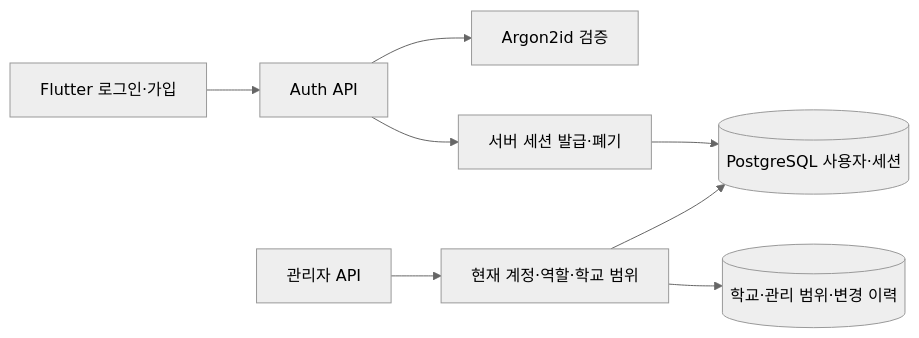
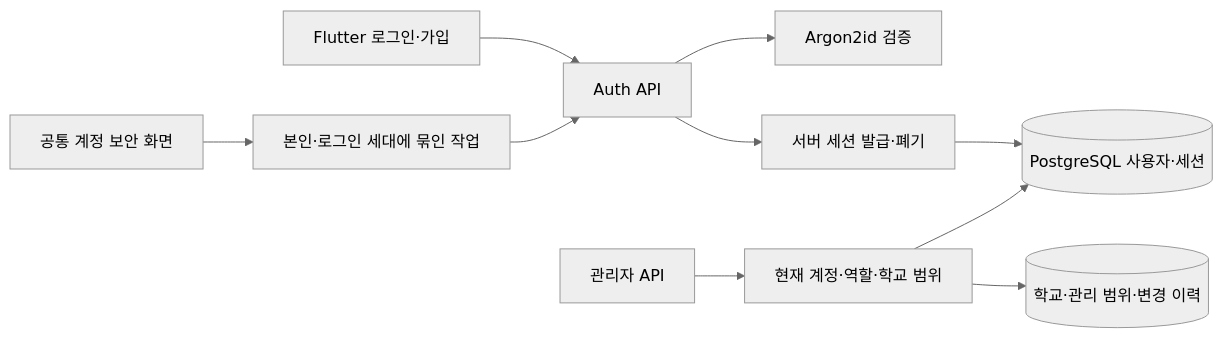
Before and after one commit to product04231125/UNIPATH: the sixth of 11 diagrams in docs/architecture-erd.md, drawn with Mermaid (neutral theme). The commit also changed 16 other files, not shown here.

Commit message:
feat: connect account security and all-device sign-out

````diff
--- a/docs/architecture-erd.md
+++ b/docs/architecture-erd.md
@@ -159,10 +159,12 @@
 ```mermaid
 flowchart LR
     Login[Flutter 로그인·가입] --> AuthAPI[Auth API]
     AuthAPI --> Passwords[Argon2id 검증]
+    AccountSecurity[공통 계정 보안 화면] --> BoundSecurity[본인·로그인 세대에 묶인 작업]
+    BoundSecurity --> AuthAPI
     AuthAPI --> Sessions[서버 세션 발급·폐기]
     Sessions --> IdentityDB[(PostgreSQL 사용자·세션)]
     AdminAPI[관리자 API] --> Guard[현재 계정·역할·학교 범위]
     Guard --> IdentityDB
     Guard --> AccessDB[(학교·관리 범위·변경 이력)]
 ```
````
